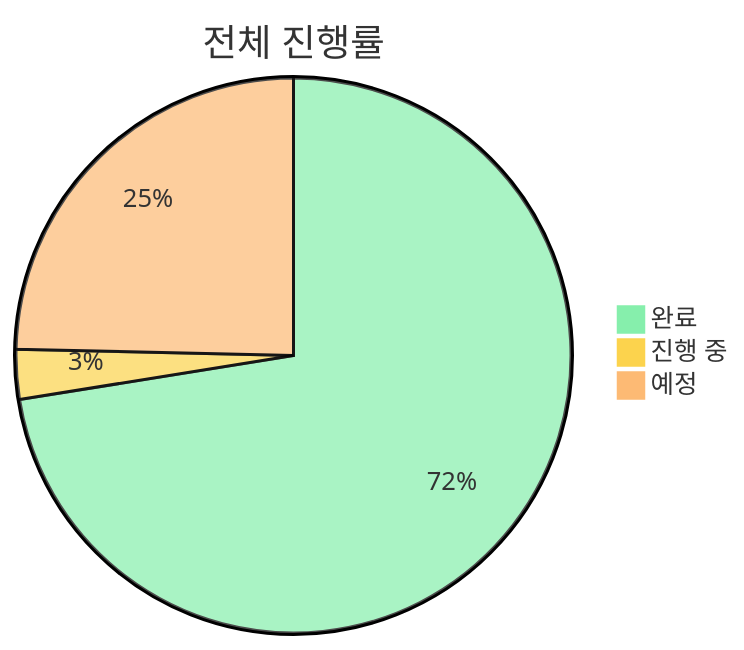
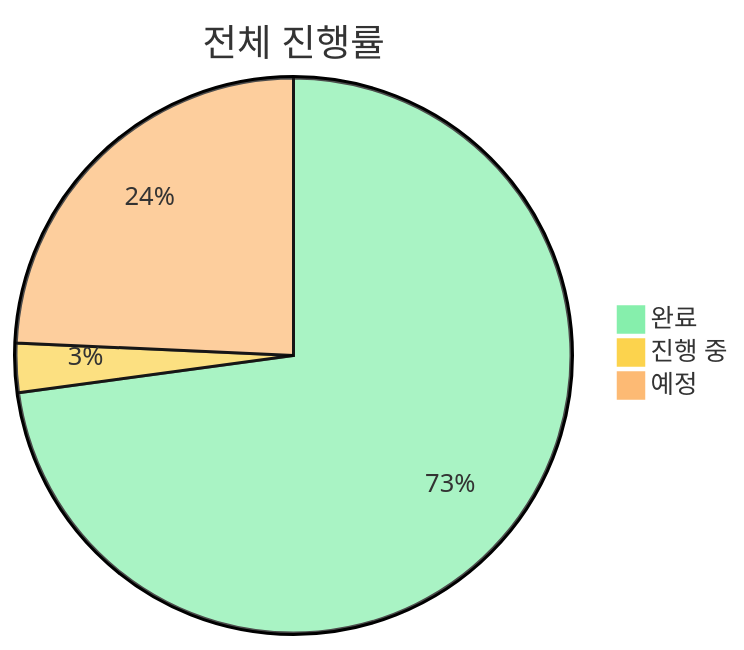
One commit to baehandoridori/BAEFRAME changed the first of 4 diagrams in TODO.md. Above: the diagram before and after it, drawn with Mermaid. The commit also changed other lines of this file and 1 other file, not shown here.

````diff
--- a/TODO.md
+++ b/TODO.md
@@ -15,7 +15,7 @@
 ```mermaid
 %%{init: {'theme': 'base', 'themeVariables': { 'pie1': '#86efac', 'pie2': '#fcd34d', 'pie3': '#fdba74'}}}%%
 pie title 전체 진행률
-    "완료" : 50
+    "완료" : 51
     "진행 중" : 2
     "예정" : 17
 ```
````
